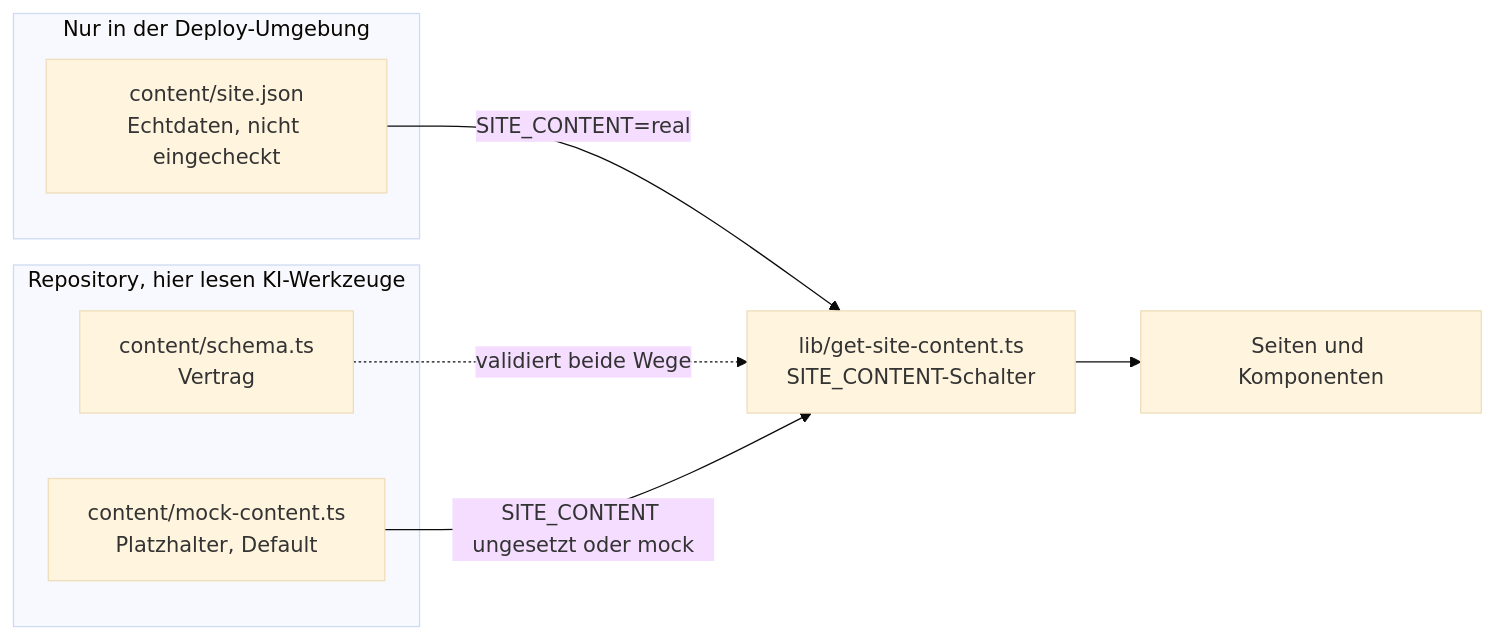
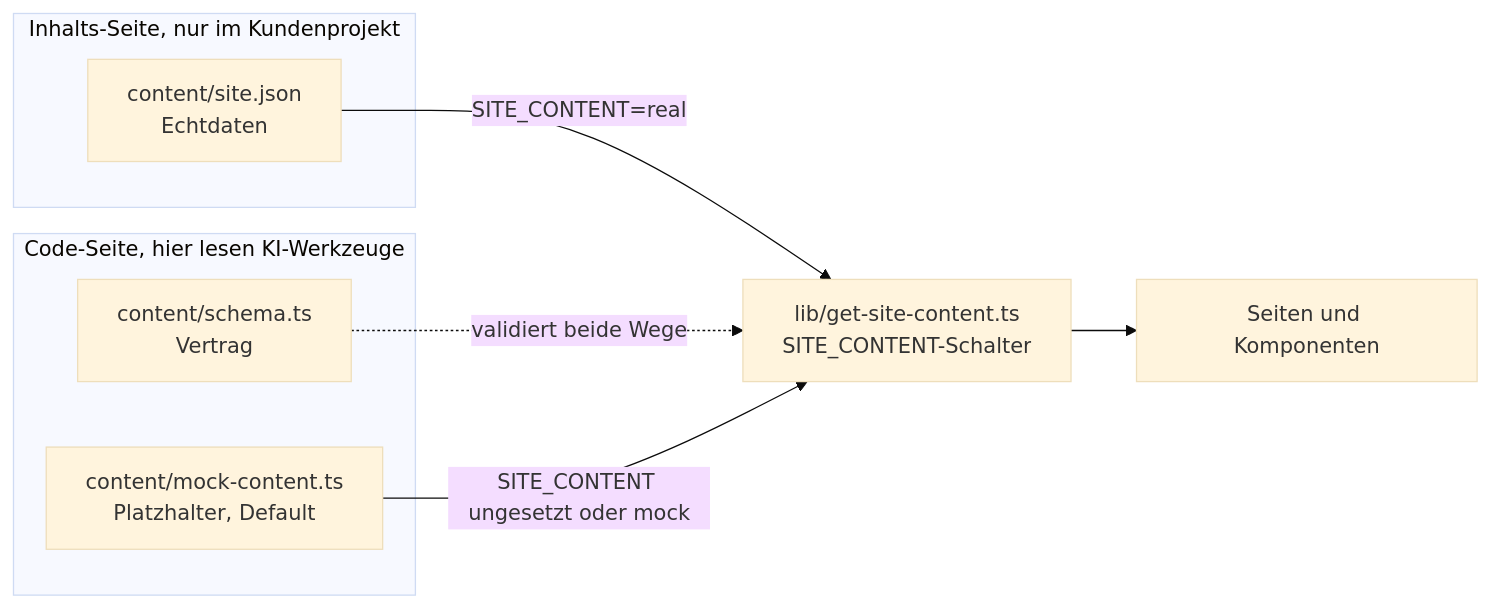
The diagram in README.md (KennethHuedig/content-trennung), drawn with Mermaid (base theme) before and after one commit. The commit also changed other lines of this file, not shown here.

First line of the commit message:
docs: klarstellen, dass site.json im kundenprojekt committet wird

````diff
--- a/README.md
+++ b/README.md
@@ -15,19 +17,19 @@
 ```mermaid
 flowchart LR
-    subgraph repo["Repository, hier lesen KI-Werkzeuge"]
+    subgraph repo["Code-Seite, hier lesen KI-Werkzeuge"]
         schema["content/schema.ts<br/>Vertrag"]
         mock["content/mock-content.ts<br/>Platzhalter, Default"]
     end
 
-    subgraph deploy["Nur in der Deploy-Umgebung"]
-        real["content/site.json<br/>Echtdaten, nicht eingecheckt"]
+    subgraph deploy["Inhalts-Seite, nur im Kundenprojekt"]
+        real["content/site.json<br/>Echtdaten"]
     end
 
     loader["lib/get-site-content.ts<br/>SITE_CONTENT-Schalter"]
     seiten["Seiten und Komponenten"]
 
     mock -->|"SITE_CONTENT ungesetzt oder mock"| loader
     real -->|"SITE_CONTENT=real"| loader
     schema -.->|"validiert beide Wege"| loader
     loader --> seiten
 ```
````
